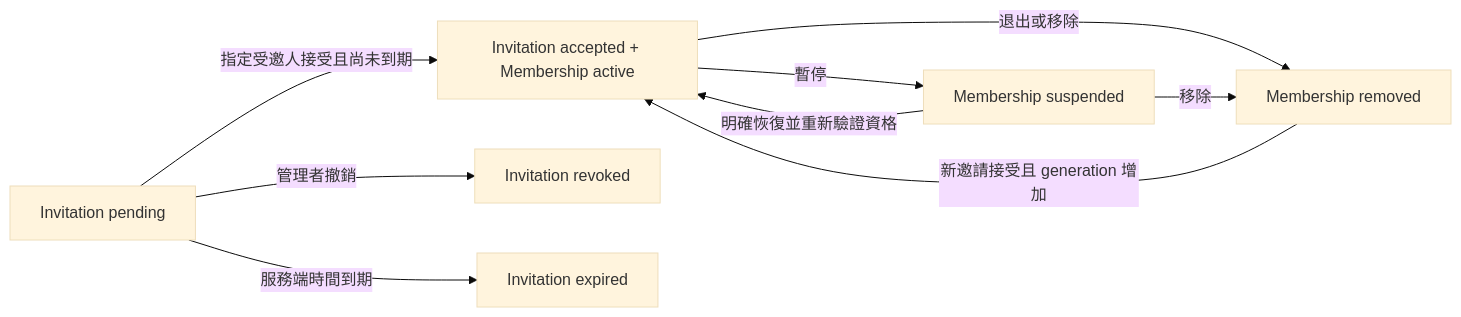
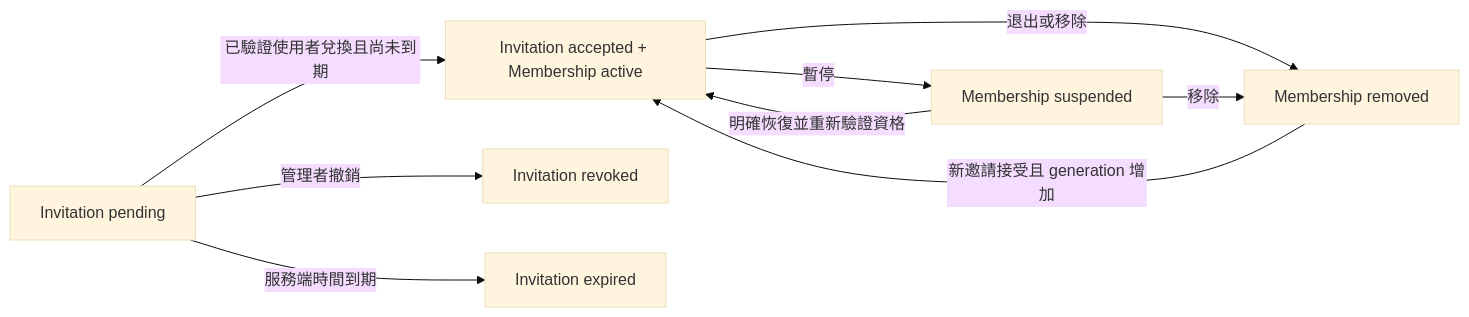
One commit to 963sup/line-mini-app-bot changed the third of 3 diagrams in docs/proposals/membership.md. Above: the diagram before and after it, drawn with Mermaid (base theme). The commit also changed other lines of this file and 26 other files, not shown here.

````diff
--- a/docs/proposals/membership.md
+++ b/docs/proposals/membership.md
@@ -119,11 +119,11 @@
 ```mermaid
 flowchart LR
-    P["Invitation pending"] -->|指定受邀人接受且尚未到期| A["Invitation accepted + Membership active"]
+    P["Invitation pending"] -->|已驗證使用者兌換且尚未到期| A["Invitation accepted + Membership active"]
     P -->|管理者撤銷| C["Invitation revoked"]
     P -->|服務端時間到期| E["Invitation expired"]
     A -->|暫停| S["Membership suspended"]
     S -->|明確恢復並重新驗證資格| A
     A -->|退出或移除| R["Membership removed"]
     S -->|移除| R
     R -->|新邀請接受且 generation 增加| A
 ```
````
